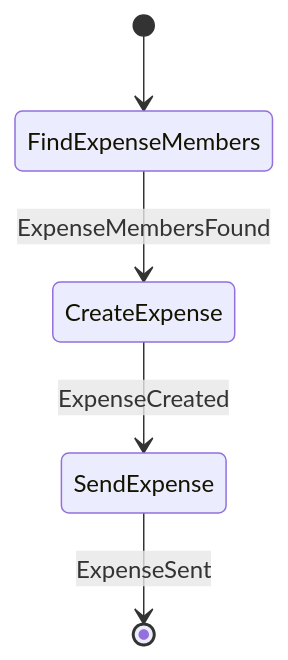
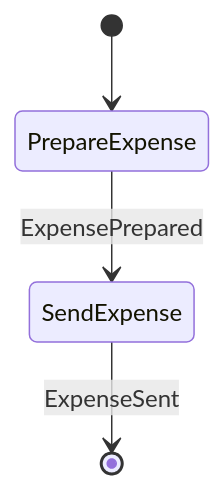
One commit to cbgm/Sparrow changed the second of 16 diagrams in docs/architecture/workflows/groupstate.md. Above: the diagram before and after it, drawn with Mermaid. The commit also changed other lines of this file and 226 other files, not shown here.

````diff
--- a/docs/architecture/workflows/groupstate.md
+++ b/docs/architecture/workflows/groupstate.md
@@ -64,7 +64,6 @@
 ```mermaid
 stateDiagram-v2
-    [*] --> FindExpenseMembers
-    FindExpenseMembers --> CreateExpense : ExpenseMembersFound
-    CreateExpense --> SendExpense : ExpenseCreated
+    [*] --> PrepareExpense
+    PrepareExpense --> SendExpense : ExpensePrepared
     SendExpense --> [*] : ExpenseSent
 ```
````
